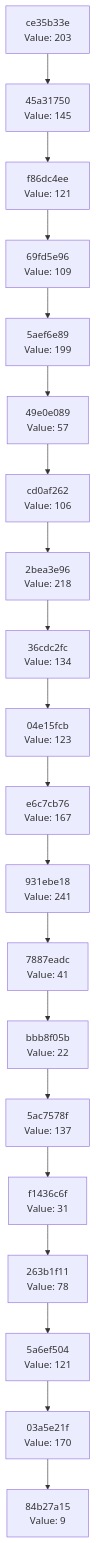
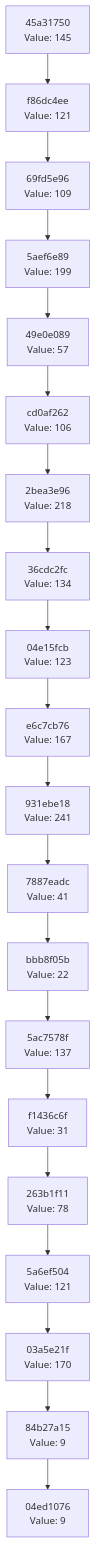
The diagram in docs/CHAIN_VISUALIZATION.md (Abhisheksinha1506/hash-chain-evolver), drawn with Mermaid before and after one commit. The commit also changed 1 other file, not shown here.

Commit message:
Evolution Step

````diff
--- a/docs/CHAIN_VISUALIZATION.md
+++ b/docs/CHAIN_VISUALIZATION.md
@@ -3,42 +3,42 @@
 ```mermaid
 graph TD
-    C0["84b27a15<br/>Value: 9"]
-    C1["03a5e21f<br/>Value: 170"]
+    C0["04ed1076<br/>Value: 9"]
+    C1["84b27a15<br/>Value: 9"]
     C1 --> C0
-    C2["5a6ef504<br/>Value: 121"]
+    C2["03a5e21f<br/>Value: 170"]
     C2 --> C1
-    C3["263b1f11<br/>Value: 78"]
+    C3["5a6ef504<br/>Value: 121"]
     C3 --> C2
-    C4["f1436c6f<br/>Value: 31"]
+    C4["263b1f11<br/>Value: 78"]
     C4 --> C3
-    C5["5ac7578f<br/>Value: 137"]
+    C5["f1436c6f<br/>Value: 31"]
     C5 --> C4
-    C6["bbb8f05b<br/>Value: 22"]
+    C6["5ac7578f<br/>Value: 137"]
     C6 --> C5
-    C7["7887eadc<br/>Value: 41"]
+    C7["bbb8f05b<br/>Value: 22"]
     C7 --> C6
-    C8["931ebe18<br/>Value: 241"]
+    C8["7887eadc<br/>Value: 41"]
     C8 --> C7
-    C9["e6c7cb76<br/>Value: 167"]
+    C9["931ebe18<br/>Value: 241"]
     C9 --> C8
-    C10["04e15fcb<br/>Value: 123"]
+    C10["e6c7cb76<br/>Value: 167"]
     C10 --> C9
-    C11["36cdc2fc<br/>Value: 134"]
+    C11["04e15fcb<br/>Value: 123"]
     C11 --> C10
-    C12["2bea3e96<br/>Value: 218"]
+    C12["36cdc2fc<br/>Value: 134"]
     C12 --> C11
-    C13["cd0af262<br/>Value: 106"]
+    C13["2bea3e96<br/>Value: 218"]
     C13 --> C12
-    C14["49e0e089<br/>Value: 57"]
+    C14["cd0af262<br/>Value: 106"]
     C14 --> C13
-    C15["5aef6e89<br/>Value: 199"]
+    C15["49e0e089<br/>Value: 57"]
     C15 --> C14
-    C16["69fd5e96<br/>Value: 109"]
+    C16["5aef6e89<br/>Value: 199"]
     C16 --> C15
-    C17["f86dc4ee<br/>Value: 121"]
+    C17["69fd5e96<br/>Value: 109"]
     C17 --> C16
-    C18["45a31750<br/>Value: 145"]
+    C18["f86dc4ee<br/>Value: 121"]
     C18 --> C17
-    C19["ce35b33e<br/>Value: 203"]
+    C19["45a31750<br/>Value: 145"]
     C19 --> C18
 ```
````
